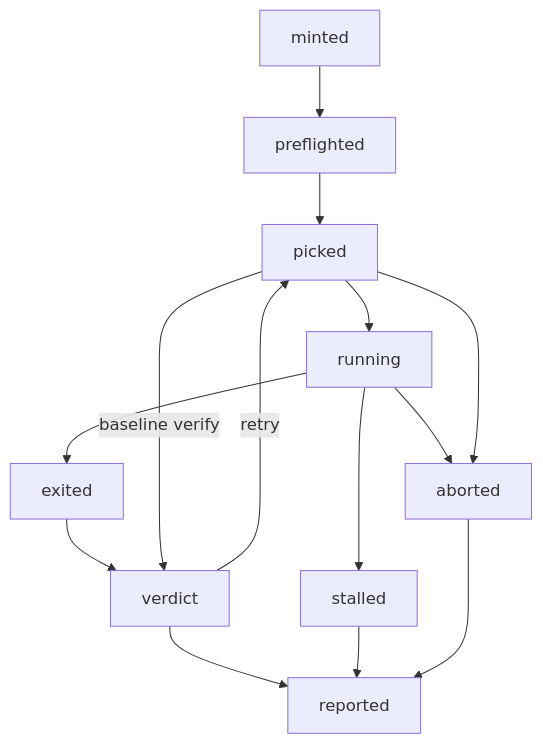
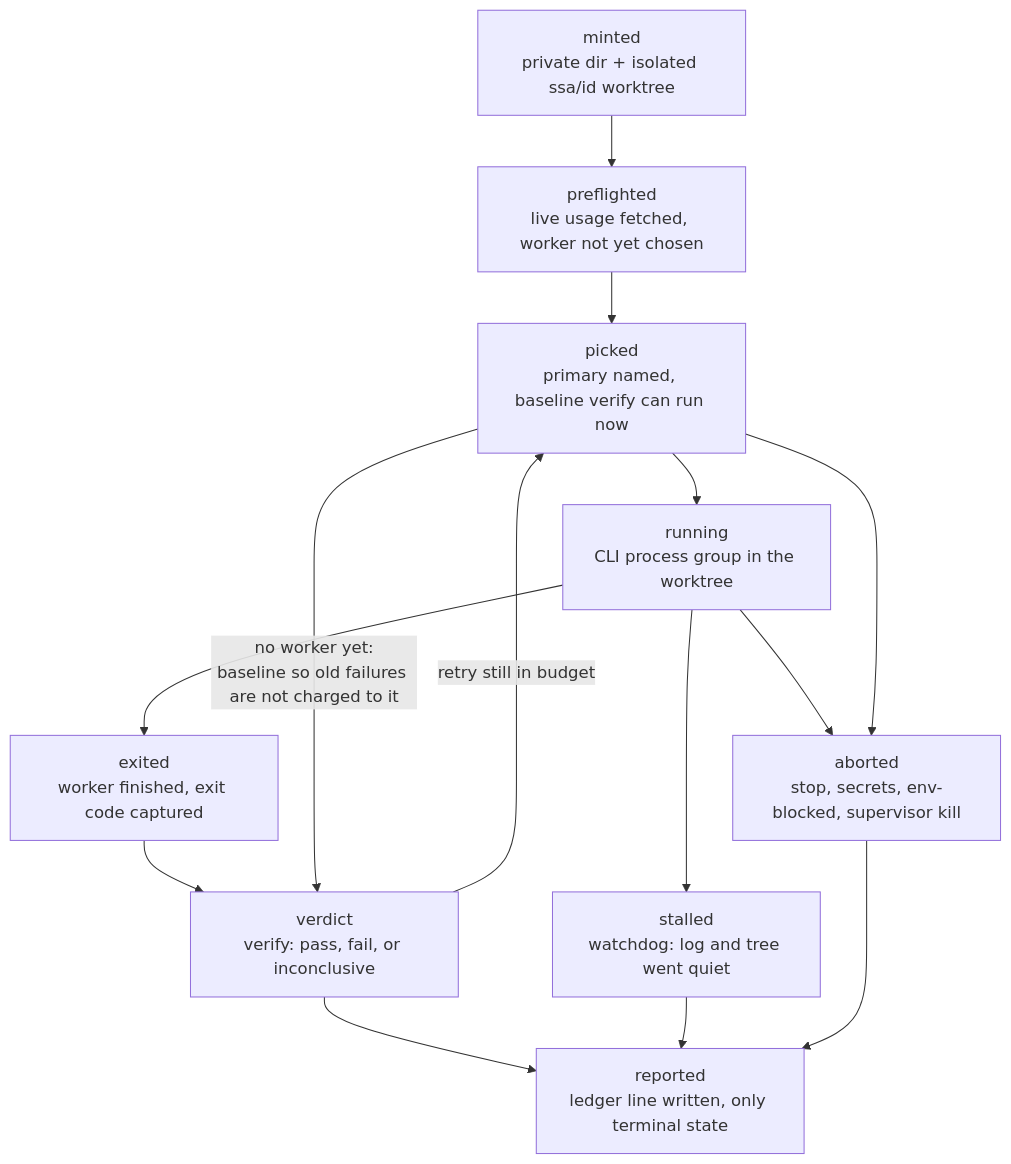
One commit to m-esm/smart-subagents changed the second of 2 diagrams in docs/ARCHITECTURE.md. Above: the diagram before and after it, drawn with Mermaid. The commit also changed other lines of this file and 3 other files, not shown here.

Commit message:
Make mermaid charts name the rule, not just the box

````diff
--- a/docs/ARCHITECTURE.md
+++ b/docs/ARCHITECTURE.md
@@ -78,9 +78,17 @@
 ```mermaid
 flowchart TB
-    minted --> preflighted --> picked --> running --> exited --> verdict --> reported
-    picked -->|baseline verify| verdict
-    running --> stalled --> reported
-    running --> aborted --> reported
+    minted["minted<br/>private dir + isolated ssa/id worktree"]
+    --> preflighted["preflighted<br/>live usage fetched, worker not yet chosen"]
+    --> picked["picked<br/>primary named, baseline verify can run now"]
+    --> running["running<br/>CLI process group in the worktree"]
+    --> exited["exited<br/>worker finished, exit code captured"]
+    --> verdict["verdict<br/>verify: pass, fail, or inconclusive"]
+    --> reported["reported<br/>ledger line written, only terminal state"]
+    picked -->|"no worker yet:<br/>baseline so old failures are not charged to it"| verdict
+    running --> stalled["stalled<br/>watchdog: log and tree went quiet"]
+    stalled --> reported
+    running --> aborted["aborted<br/>stop, secrets, env-blocked, supervisor kill"]
     picked --> aborted
-    verdict -->|retry| picked
+    aborted --> reported
+    verdict -->|"retry still in budget"| picked
 ```
````
